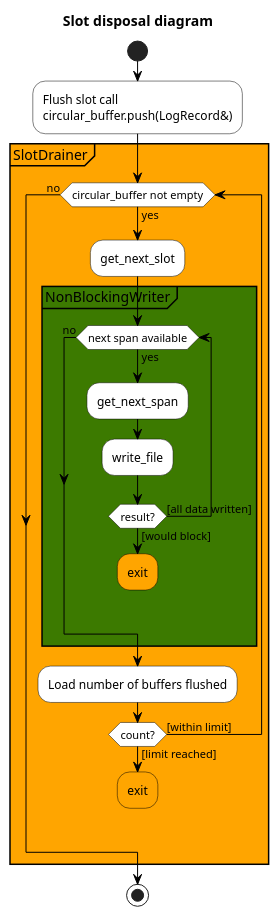
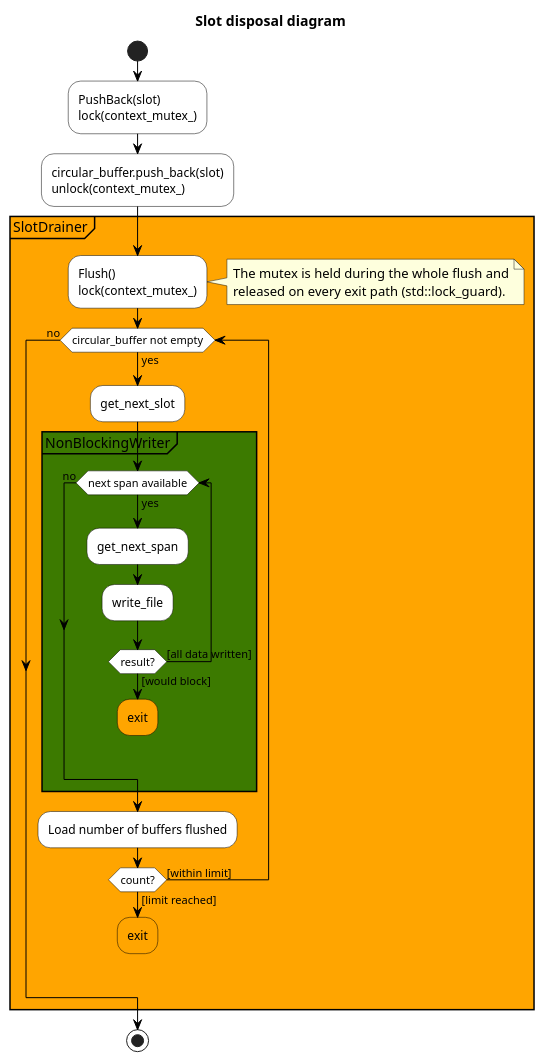
One commit to eclipse-score/baselibs changed the diagram in score/mw/log/docs/detailed_design/_assets/slot_drainer_action_diagram_design.puml. Above: the diagram before and after it, drawn with PlantUML. The commit also changed 2 other files, not shown here.

Commit message:
docs(mw/log): show the mutex of the SlotDrainer and the atomic slot claim
The SlotDrainer locks context_mutex_ in PushBack() and Flush(). The
CircularAllocator claims a slot with one atomic fetch_add and marks it with
Slot::TryUse() in the loop condition.

```diff
--- a/score/mw/log/docs/detailed_design/_assets/slot_drainer_action_diagram_design.puml
+++ b/score/mw/log/docs/detailed_design/_assets/slot_drainer_action_diagram_design.puml
@@ -1,44 +1,52 @@
 @startuml slot_drainer_action_diagram_design
 
 skinparam ActivityBackgroundColor white
 skinparam ActivityBorderColor black
 skinparam ArrowColor black
 skinparam PartitionBackgroundColor orange
 skinparam PartitionBorderColor black
 
 title Slot disposal diagram
 
 start
 
-:Flush slot call
-circular_buffer.push(LogRecord&);
+:PushBack(slot)
+lock(context_mutex_);
+:circular_buffer.push_back(slot)
+unlock(context_mutex_);
 
 partition SlotDrainer #orange {
+  :Flush()
+  lock(context_mutex_);
+  note right
+    The mutex is held during the whole flush and
+    released on every exit path (std::lock_guard).
+  end note
   while (circular_buffer not empty) is (yes)
     :get_next_slot;
 
     partition NonBlockingWriter #3c7a00 {
       while (next span available) is (yes)
         :get_next_span;
         :write_file;
         if (result?) then ([would block])
           #orange:exit;
           detach
         else ([all data written])
         endif
       endwhile (no)
     }
 
     :Load number of buffers flushed;
     if (count?) then ([limit reached])
       #orange:exit;
       detach
     else ([within limit])
     endif
 
   endwhile (no)
 }
 
 stop
 
 @enduml
```
